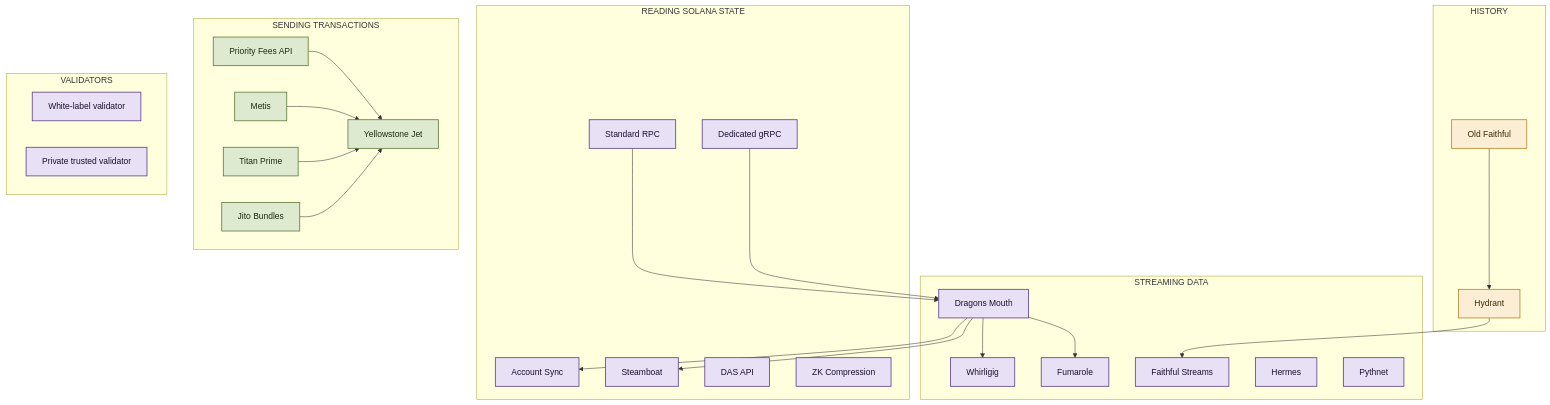
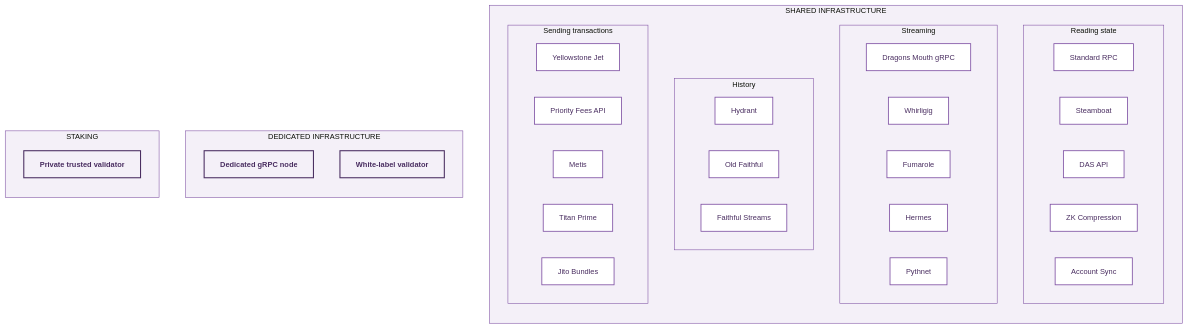
Before and after one commit to kshyndina/docs: the diagram in solana/welcome.mdx, drawn with Mermaid. The commit also changed other lines of this file and 2 other files, not shown here.

````diff
--- a/solana/welcome.mdx
+++ b/solana/welcome.mdx
@@ -108,63 +99,57 @@
 ```mermaid
-graph TB
-    classDef reading   fill:#E8E0F5,stroke:#5B3D8A,stroke-width:1.5px,color:#1A0F2E
-    classDef stream    fill:#E8E0F5,stroke:#5B3D8A,stroke-width:1.5px,color:#1A0F2E
-    classDef history   fill:#FBEED4,stroke:#B5852A,stroke-width:1.5px,color:#3A2A05
-    classDef sending   fill:#DEEAD0,stroke:#5C7A3A,stroke-width:1.5px,color:#1F2A0F
-    classDef validator fill:#E8E0F5,stroke:#5B3D8A,stroke-width:1.5px,color:#1A0F2E
+%%{init: {'theme':'base','themeVariables':{'primaryColor':'#7A4BA0','primaryTextColor':'#FFFFFF','primaryBorderColor':'#492D60','lineColor':'#7A4BA0','secondaryColor':'#B591D3','tertiaryColor':'#F4F0F8','clusterBkg':'#F4F0F8','clusterBorder':'#7A4BA0','fontFamily':'Work Sans','fontSize':'14px'}}}%%
+flowchart TB
+    subgraph SHARED ["SHARED INFRASTRUCTURE"]
+      direction TB
 
-    subgraph READS [READING SOLANA STATE]
+      subgraph READING ["Reading state"]
+        direction LR
         RPC[Standard RPC]
-        GRPC[Dedicated gRPC]
-        SYNC[Account Sync]
         STEAM[Steamboat]
         DAS[DAS API]
         ZK[ZK Compression]
-    end
+        SYNC[Account Sync]
+      end
 
-    subgraph STREAM [STREAMING DATA]
-        DM[Dragons Mouth]
+      subgraph STREAMING ["Streaming"]
+        direction LR
+        DM[Dragons Mouth gRPC]
         WHIRL[Whirligig]
         FUM[Fumarole]
-        FAITH[Faithful Streams]
         HER[Hermes]
         PYTH[Pythnet]
-    end
+      end
 
-    subgraph HIST [HISTORY]
+      subgraph HISTORY ["History"]
+        direction LR
         HYD[Hydrant]
         OF[Old Faithful]
-    end
+        FAITH[Faithful Streams]
+      end
 
-    subgraph SEND [SENDING TRANSACTIONS]
+      subgraph SENDING ["Sending transactions"]
+        direction LR
         JET[Yellowstone Jet]
         FEES[Priority Fees API]
         METIS[Metis]
         TITAN[Titan Prime]
         JITO[Jito Bundles]
+      end
     end
 
-    subgraph VAL [VALIDATORS]
-        WL[White-label validator]
-        PT[Private trusted validator]
+    subgraph DEDICATED ["DEDICATED INFRASTRUCTURE"]
+      direction TB
+      DGRPC[Dedicated gRPC node]
+      WL[White-label validator]
     end
 
-    RPC --> DM
-    GRPC --> DM
-    DM --> STEAM
-    DM --> SYNC
-    DM --> FUM
-    DM --> WHIRL
-    HYD --> FAITH
-    OF --> HYD
-    FEES --> JET
-    METIS --> JET
-    TITAN --> JET
-    JITO --> JET
+    subgraph STAKING ["STAKING"]
+      direction TB
+      PT[Private trusted validator]
+    end
 
-    class RPC,GRPC,SYNC,STEAM,DAS,ZK reading
-    class DM,WHIRL,FUM,FAITH,HER,PYTH stream
-    class HYD,OF history
-    class JET,FEES,METIS,TITAN,JITO sending
-    class WL,PT validator
+    classDef product fill:#FFFFFF,stroke:#7A4BA0,stroke-width:1.5px,color:#492D60,font-weight:500
+    classDef dedicated fill:#F4F0F8,stroke:#492D60,stroke-width:2px,color:#492D60,font-weight:600
+    class RPC,STEAM,DAS,ZK,SYNC,DM,WHIRL,FUM,HER,PYTH,HYD,OF,FAITH,JET,FEES,METIS,TITAN,JITO product
+    class DGRPC,WL,PT dedicated
 ```
````
